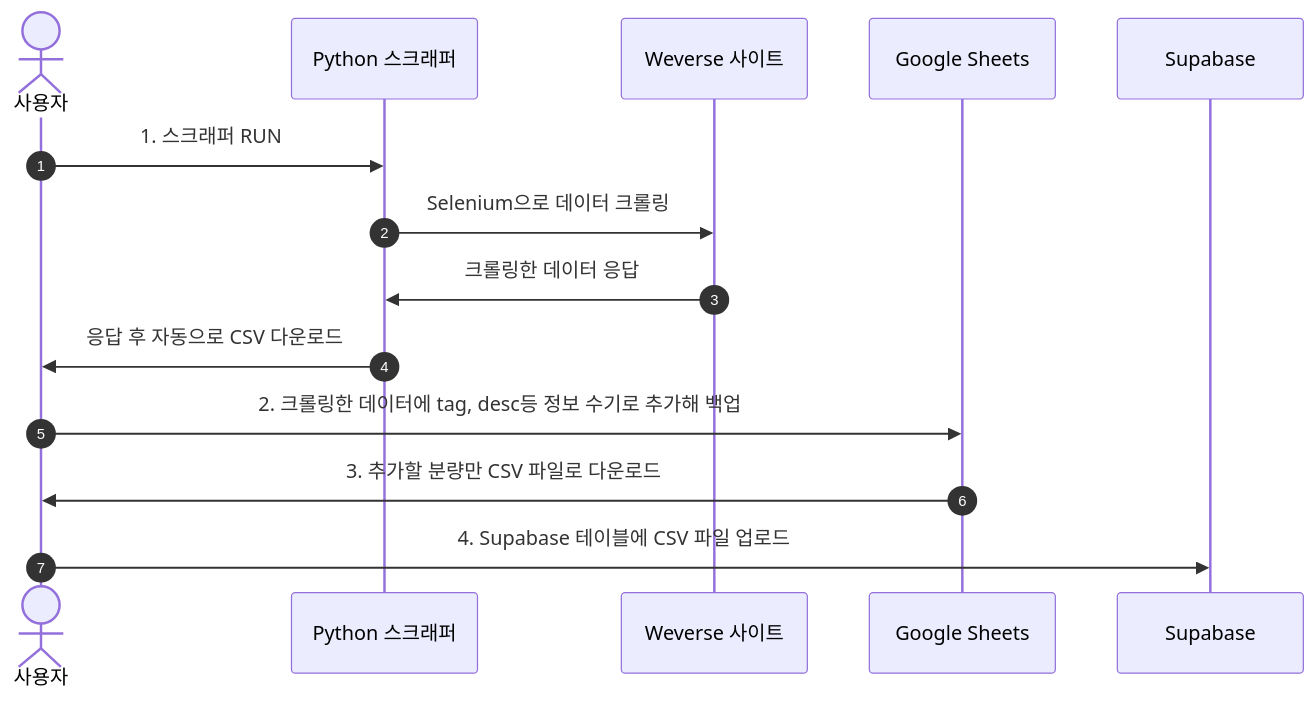
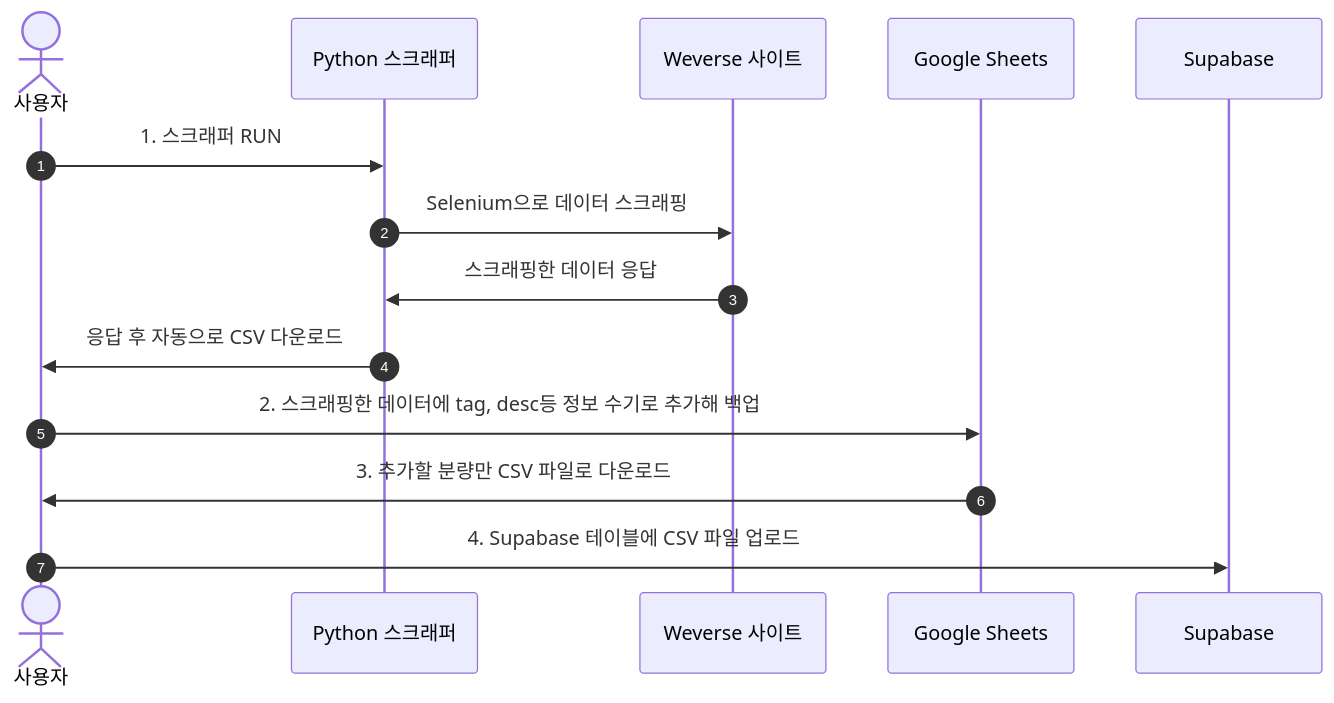
The second of 2 diagrams in weverse_scraper/README.md (escape1001/python_toy), drawn with Mermaid before and after one commit. The commit also changed other lines of this file, not shown here.

Commit message:
:memo: weverse scraper - README 수정

````diff
--- a/weverse_scraper/README.md
+++ b/weverse_scraper/README.md
@@ -50,21 +50,21 @@
 ```mermaid
 sequenceDiagram
   autonumber
 
   actor User as 사용자
   participant Scraper as Python 스크래퍼
   participant Weverse as Weverse 사이트
   participant GoogleSheets as Google Sheets
   participant SupabaseUploader as Supabase
 
   User->>Scraper: 1. 스크래퍼 RUN
-  Scraper->>Weverse: Selenium으로 데이터 크롤링
-  Weverse->>Scraper: 크롤링한 데이터 응답
+  Scraper->>Weverse: Selenium으로 데이터 스크래핑
+  Weverse->>Scraper: 스크래핑한 데이터 응답
   Scraper->>User: 응답 후 자동으로 CSV 다운로드
 
-  User->>GoogleSheets: 2. 크롤링한 데이터에 tag, desc등 정보 수기로 추가해 백업
+  User->>GoogleSheets: 2. 스크래핑한 데이터에 tag, desc등 정보 수기로 추가해 백업
   GoogleSheets->>User: 3. 추가할 분량만 CSV 파일로 다운로드
 
   User->>SupabaseUploader: 4. Supabase 테이블에 CSV 파일 업로드
 
 ```
````
